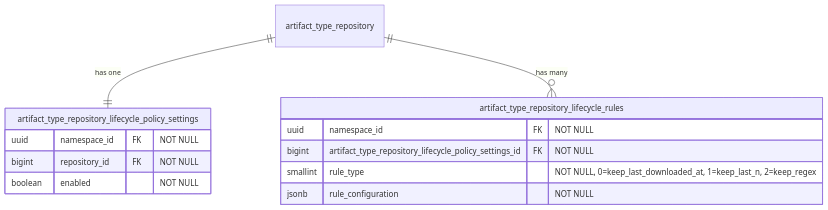
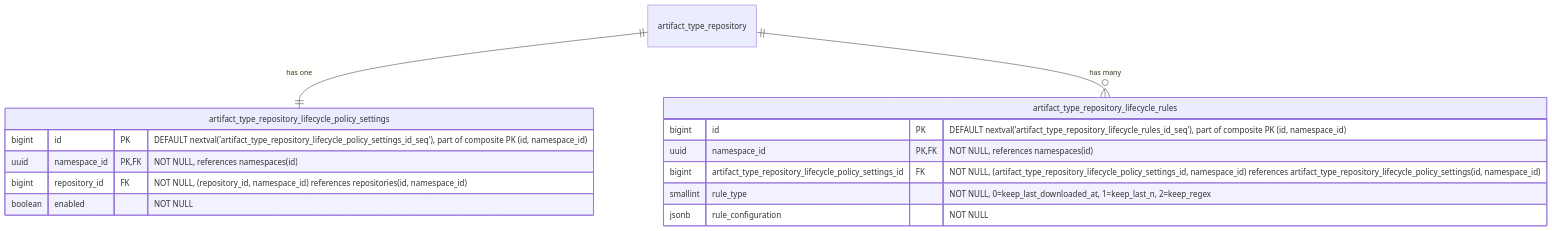
Before and after one commit to kyama0/gitlab-handbook-ja: the sixth of 19 diagrams in content/handbook/engineering/architecture/design-documents/artifact_registry/decisions/007_database_schema.md, drawn with Mermaid. The commit also changed other lines of this file and 7 other files, not shown here.

````diff
--- a/content/handbook/engineering/architecture/design-documents/artifact_registry/decisions/007_database_schema.md
+++ b/content/handbook/engineering/architecture/design-documents/artifact_registry/decisions/007_database_schema.md
@@ -329,18 +347,20 @@
 ```mermaid
 erDiagram
     artifact_type_repository ||--|| artifact_type_repository_lifecycle_policy_settings : "has one"
     artifact_type_repository ||--o{ artifact_type_repository_lifecycle_rules : "has many"
 
     artifact_type_repository_lifecycle_policy_settings {
-        uuid namespace_id FK "NOT NULL"
-        bigint repository_id FK "NOT NULL"
+        bigint id PK "DEFAULT nextval('artifact_type_repository_lifecycle_policy_settings_id_seq'), part of composite PK (id, namespace_id)"
+        uuid namespace_id PK,FK "NOT NULL, references namespaces(id)"
+        bigint repository_id FK "NOT NULL, (repository_id, namespace_id) references repositories(id, namespace_id)"
         boolean enabled "NOT NULL"
     }
 
     artifact_type_repository_lifecycle_rules {
-        uuid namespace_id FK "NOT NULL"
-        bigint artifact_type_repository_lifecycle_policy_settings_id FK "NOT NULL"
+        bigint id PK "DEFAULT nextval('artifact_type_repository_lifecycle_rules_id_seq'), part of composite PK (id, namespace_id)"
+        uuid namespace_id PK,FK "NOT NULL, references namespaces(id)"
+        bigint artifact_type_repository_lifecycle_policy_settings_id FK "NOT NULL, (artifact_type_repository_lifecycle_policy_settings_id, namespace_id) references artifact_type_repository_lifecycle_policy_settings(id, namespace_id)"
         smallint rule_type "NOT NULL, 0=keep_last_downloaded_at, 1=keep_last_n, 2=keep_regex"
         jsonb rule_configuration "NOT NULL"
     }
 ```
````
